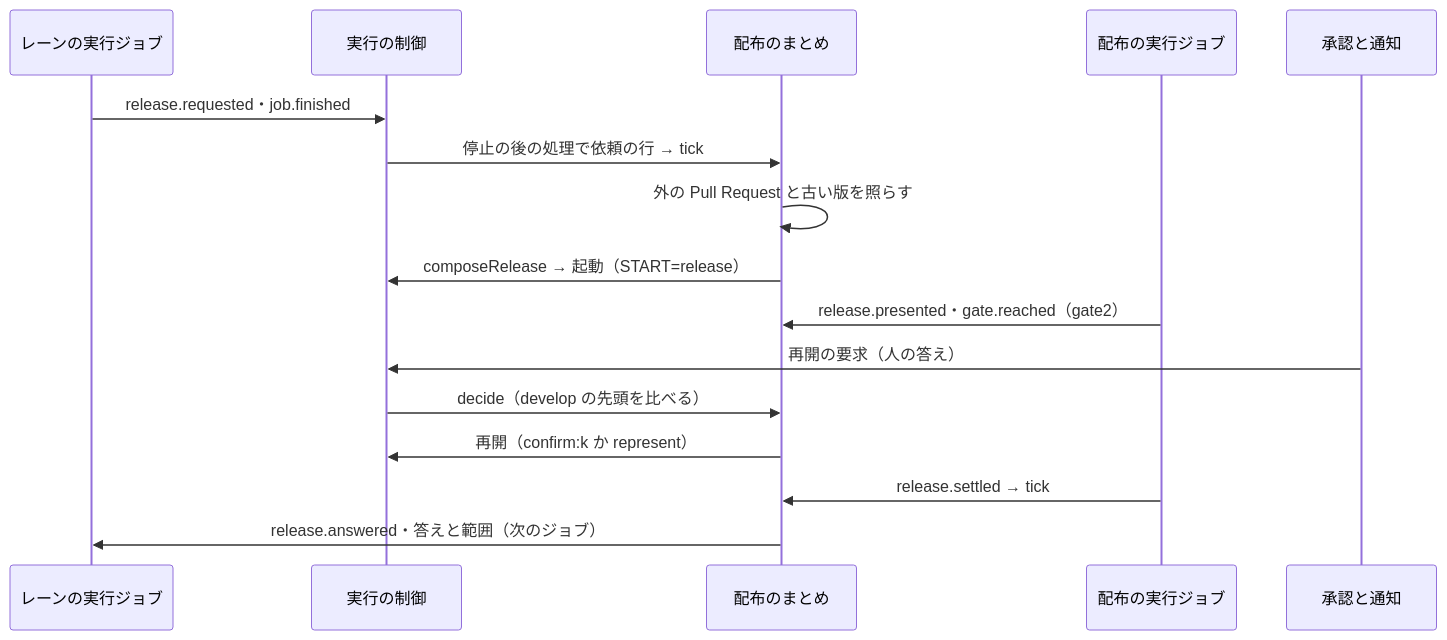
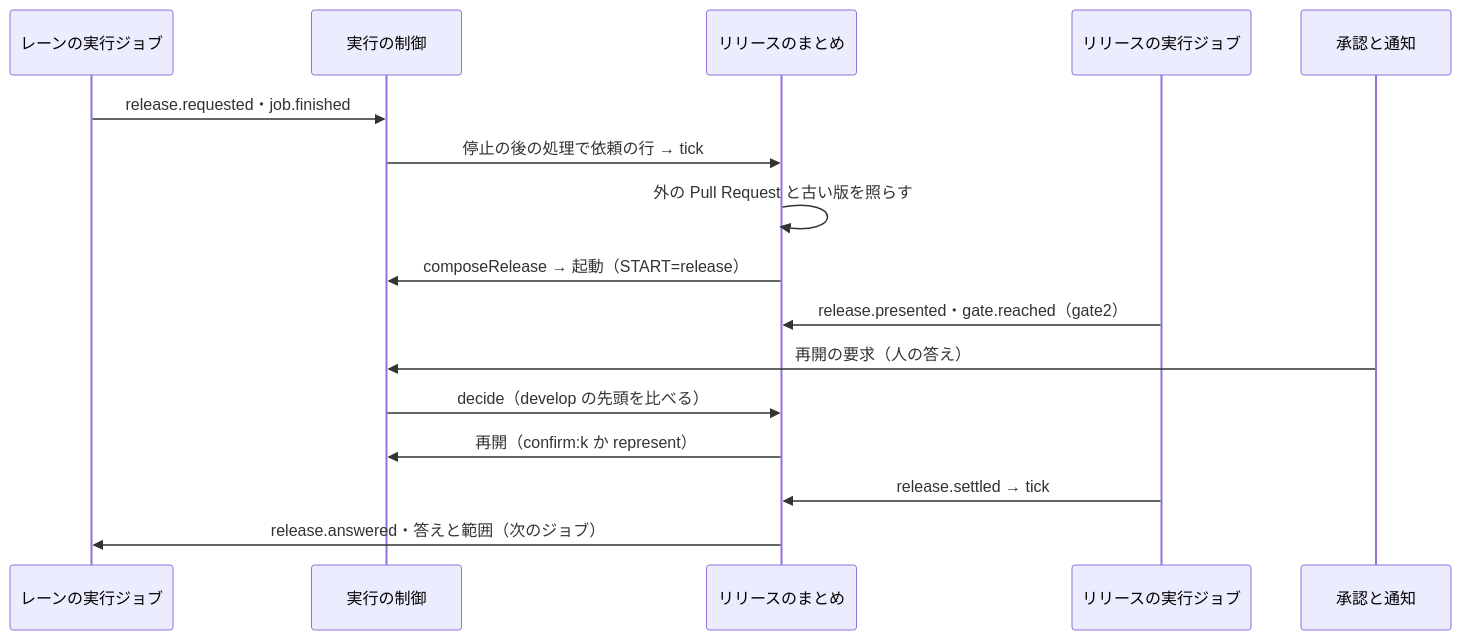
One commit to devbasex/ai-plugins changed the third of 3 diagrams in docs/specifications/ndf-factory-organizer.md. Above: the diagram before and after it, drawn with Mermaid. The commit also changed other lines of this file and 79 other files, not shown here.

````diff
--- a/docs/specifications/ndf-factory-organizer.md
+++ b/docs/specifications/ndf-factory-organizer.md
@@ -168,18 +168,18 @@
 ```mermaid
 sequenceDiagram
     participant L as レーンの実行ジョブ
     participant C as 実行の制御
-    participant O as 配布のまとめ
-    participant R as 配布の実行ジョブ
+    participant O as リリースのまとめ
+    participant R as リリースの実行ジョブ
     participant A as 承認と通知
     L->>C: release.requested・job.finished
     C->>O: 停止の後の処理で依頼の行 → tick
     O->>O: 外の Pull Request と古い版を照らす
     O->>C: composeRelease → 起動（START=release）
     R->>O: release.presented・gate.reached（gate2）
     A->>C: 再開の要求（人の答え）
     C->>O: decide（develop の先頭を比べる）
     O->>C: 再開（confirm:k か represent）
     R->>O: release.settled → tick
     O->>L: release.answered・答えと範囲（次のジョブ）
 ```
````
